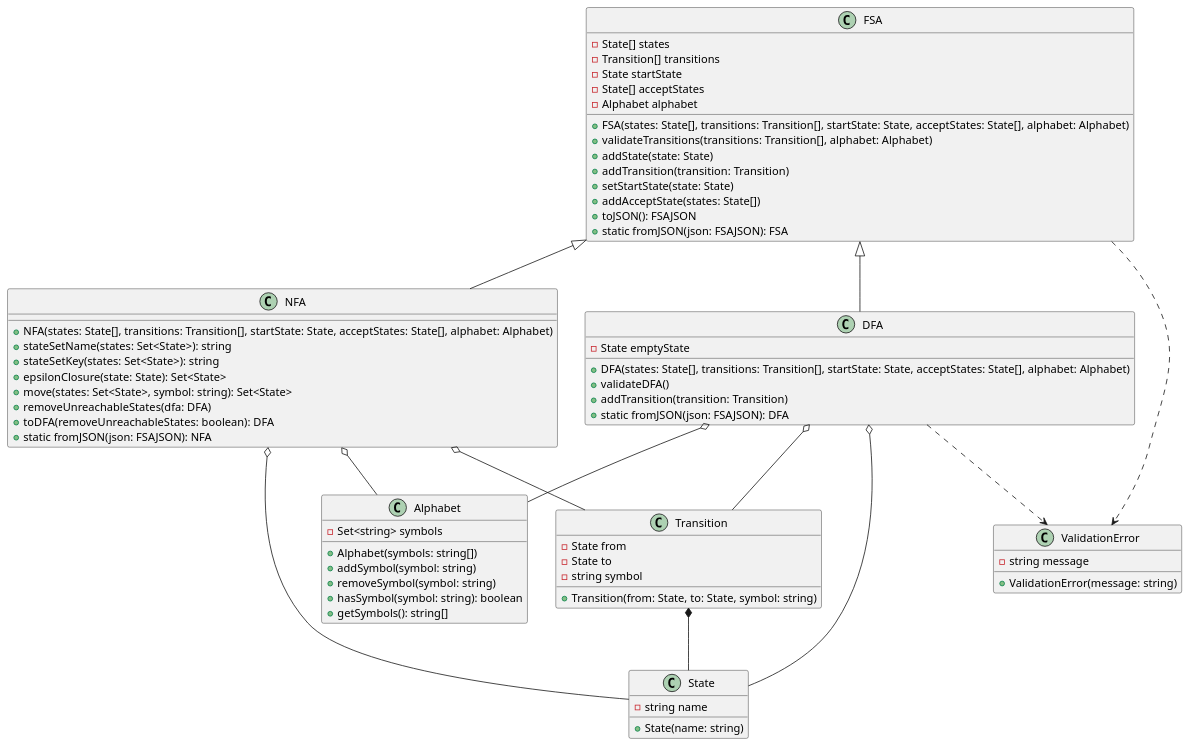
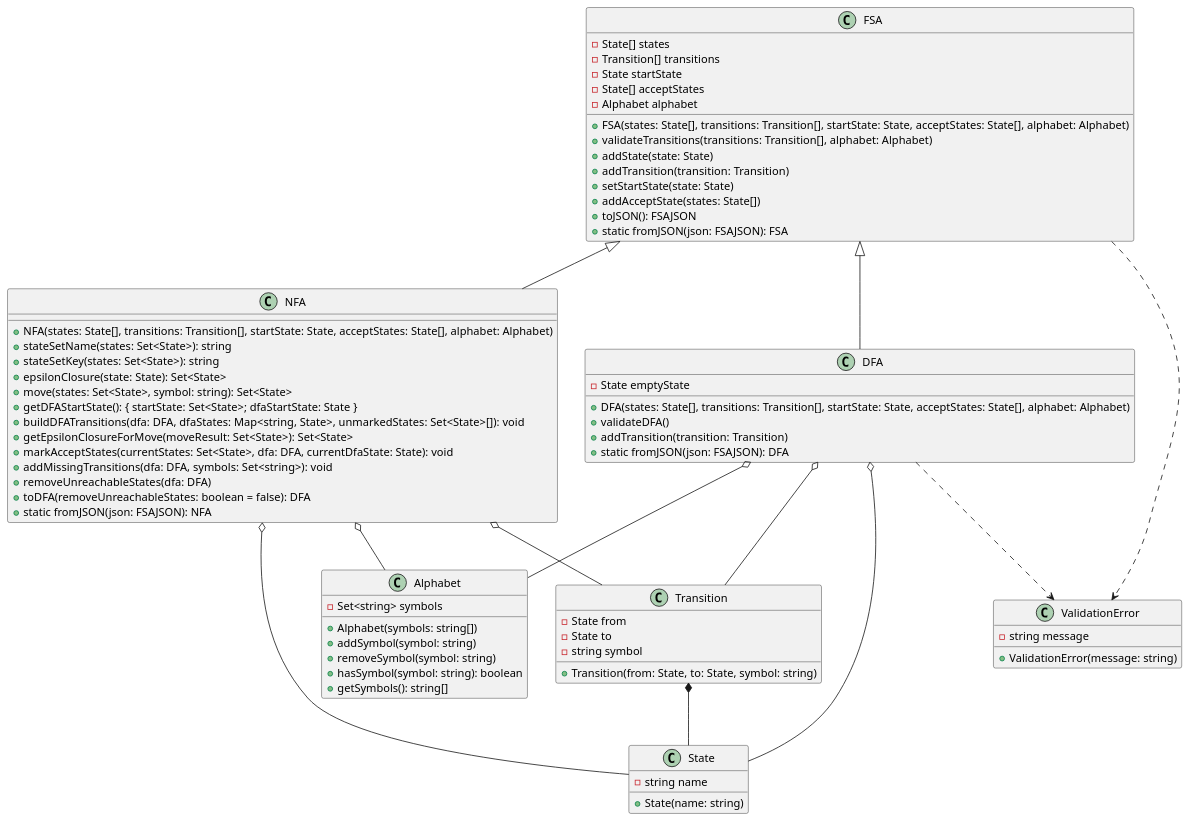
Before and after one commit to yalperg/otomat: the diagram in docs/architecture.puml, drawn with PlantUML. The commit also changed 2 other files, not shown here.

Commit message:
refactor(NFA): break down `toDFA` method into smaller, reusable methods

```diff
--- a/docs/architecture.puml
+++ b/docs/architecture.puml
@@ -1,75 +1,80 @@
 @startuml architecture
 
 class FSA {
   - State[] states
   - Transition[] transitions
   - State startState
   - State[] acceptStates
   - Alphabet alphabet
   + FSA(states: State[], transitions: Transition[], startState: State, acceptStates: State[], alphabet: Alphabet)
   + validateTransitions(transitions: Transition[], alphabet: Alphabet)
   + addState(state: State)
   + addTransition(transition: Transition)
   + setStartState(state: State)
   + addAcceptState(states: State[])
   + toJSON(): FSAJSON
   + static fromJSON(json: FSAJSON): FSA
 }
 
 class DFA {
   - State emptyState
   + DFA(states: State[], transitions: Transition[], startState: State, acceptStates: State[], alphabet: Alphabet)
   + validateDFA()
   + addTransition(transition: Transition)
   + static fromJSON(json: FSAJSON): DFA
 }
 
 class NFA {
   + NFA(states: State[], transitions: Transition[], startState: State, acceptStates: State[], alphabet: Alphabet)
   + stateSetName(states: Set<State>): string
   + stateSetKey(states: Set<State>): string
   + epsilonClosure(state: State): Set<State>
   + move(states: Set<State>, symbol: string): Set<State>
+  + getDFAStartState(): { startState: Set<State>; dfaStartState: State }
+  + buildDFATransitions(dfa: DFA, dfaStates: Map<string, State>, unmarkedStates: Set<State>[]): void
+  + getEpsilonClosureForMove(moveResult: Set<State>): Set<State>
+  + markAcceptStates(currentStates: Set<State>, dfa: DFA, currentDfaState: State): void
+  + addMissingTransitions(dfa: DFA, symbols: Set<string>): void
   + removeUnreachableStates(dfa: DFA)
-  + toDFA(removeUnreachableStates: boolean): DFA
+  + toDFA(removeUnreachableStates: boolean = false): DFA
   + static fromJSON(json: FSAJSON): NFA
 }
 
 class State {
   - string name
   + State(name: string)
 }
 
 class Transition {
   - State from
   - State to
   - string symbol
   + Transition(from: State, to: State, symbol: string)
 }
 
 class Alphabet {
   - Set<string> symbols
   + Alphabet(symbols: string[])
   + addSymbol(symbol: string)
   + removeSymbol(symbol: string)
   + hasSymbol(symbol: string): boolean
   + getSymbols(): string[]
 }
 
 class ValidationError {
   - string message
   + ValidationError(message: string)
 }
 
 FSA <|-- DFA
 FSA <|-- NFA
 DFA o-- State
 DFA o-- Transition
 DFA o-- Alphabet
 NFA o-- State
 NFA o-- Transition
 NFA o-- Alphabet
 Transition *-- State
 FSA ..> ValidationError
 DFA ..> ValidationError
 @enduml
```
